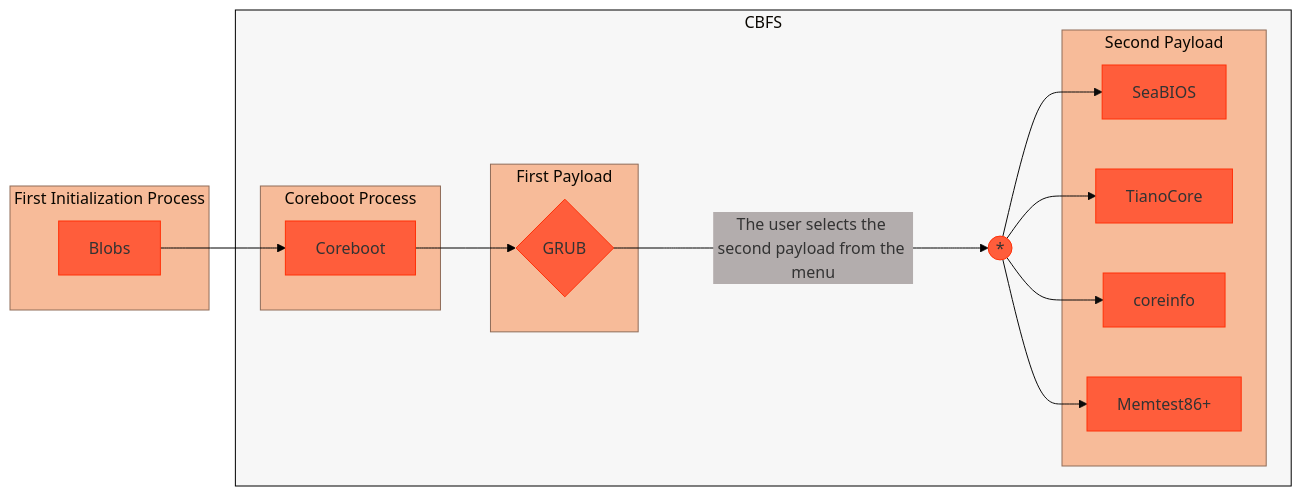
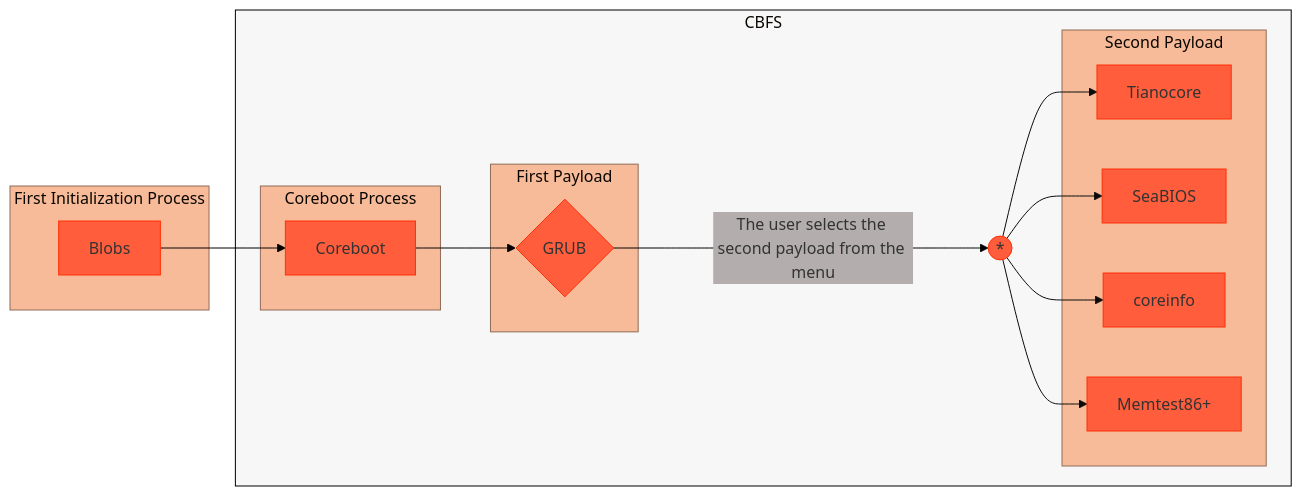
One commit to Ch3ckm4t3C1ph3r/Lenovo-Ideapad-320-14ISK-_Coreboot-Adaptation_ changed the diagram in README.md. Above: the diagram before and after it, drawn with Mermaid.

Commit message:
Fix typo in README for second payload section

````diff
--- a/README.md
+++ b/README.md
@@ -128,46 +128,46 @@
 ```mermaid
 ---
 config:
   theme: 'base'
   themeVariables:
     edgeLabelBackground: '#B3ADAD'
 ---
 flowchart LR;
     %% Definition of style (and class of style) of each element by id (or by class name)
     style cbfs fill:#f7f7f7,stroke:#000000,stroke-width:1px;
     classDef sbgStyle fill:#F7BB99,stroke:#8F6C59,stroke-width:1px
     classDef nodeStyle fill:#FF5D3B,stroke:#FF3008,stroke-width:1px
     classDef edgeStyle fill:#000000,stroke:#000000,stroke-width:1px
     
         direction LR
 
         %% Not publicly documented boot process
         subgraph sbg1[First Initialization Process]
           n1[Blobs]
         end
 
         n1[Blobs] e1@--> n2[Coreboot]
 
     subgraph cbfs[CBFS]
         subgraph sbg2[Coreboot Process]
           n2[Coreboot]
         end
     
         n2[Coreboot] e2@--> p1{GRUB}
     
         subgraph sbg3[First Payload]
           p1{GRUB}
         end
         
         p1{GRUB} e3@---->|The user selects the second payload from the menu|UNION((*)) e4@--> p2_1[Tianocore] & p2_2[SeaBIOS] & p2_3[coreinfo] & p2_4[Memtest86+]
     
         subgraph sbg4[Second Payload]
-          p2_1[SeaBIOS] & p2_2[TianoCore] & p2_3[coreinfo] & p2_4[Memtest86+]
+          p2_1[Tianocore] & p2_2[SeaBIOS] & p2_3[coreinfo] & p2_4[Memtest86+]
         end
     end
 
     %% Defining the members of each class
     class sbg1,sbg2,sbg3,sbg4 sbgStyle
     class n1,n2,p1,p2_1,p2_2,p2_3,p2_4,UNION nodeStyle
     class e1,e2,e3 edgeStyle
 ```
````
